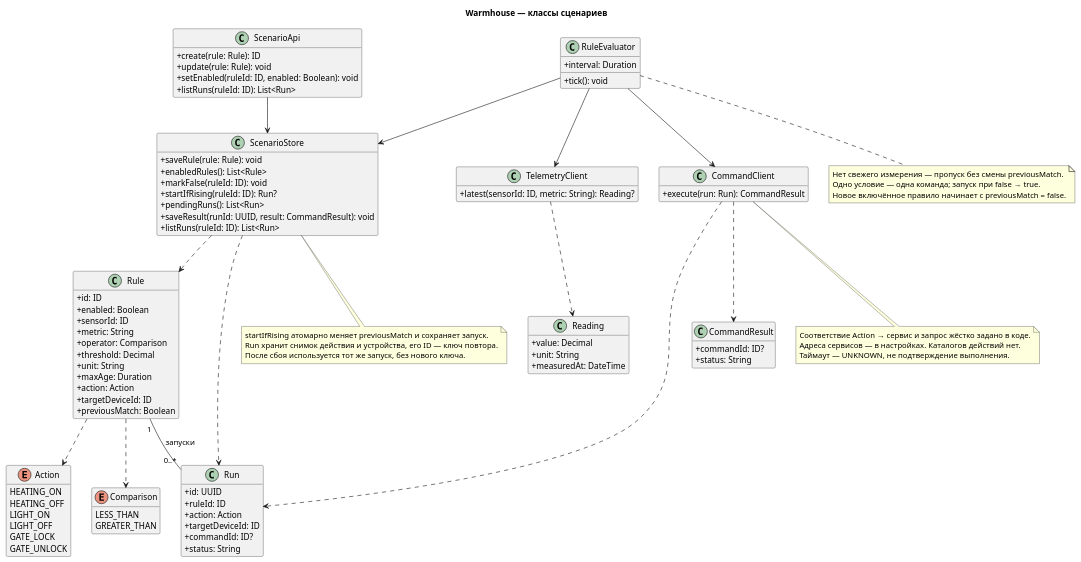
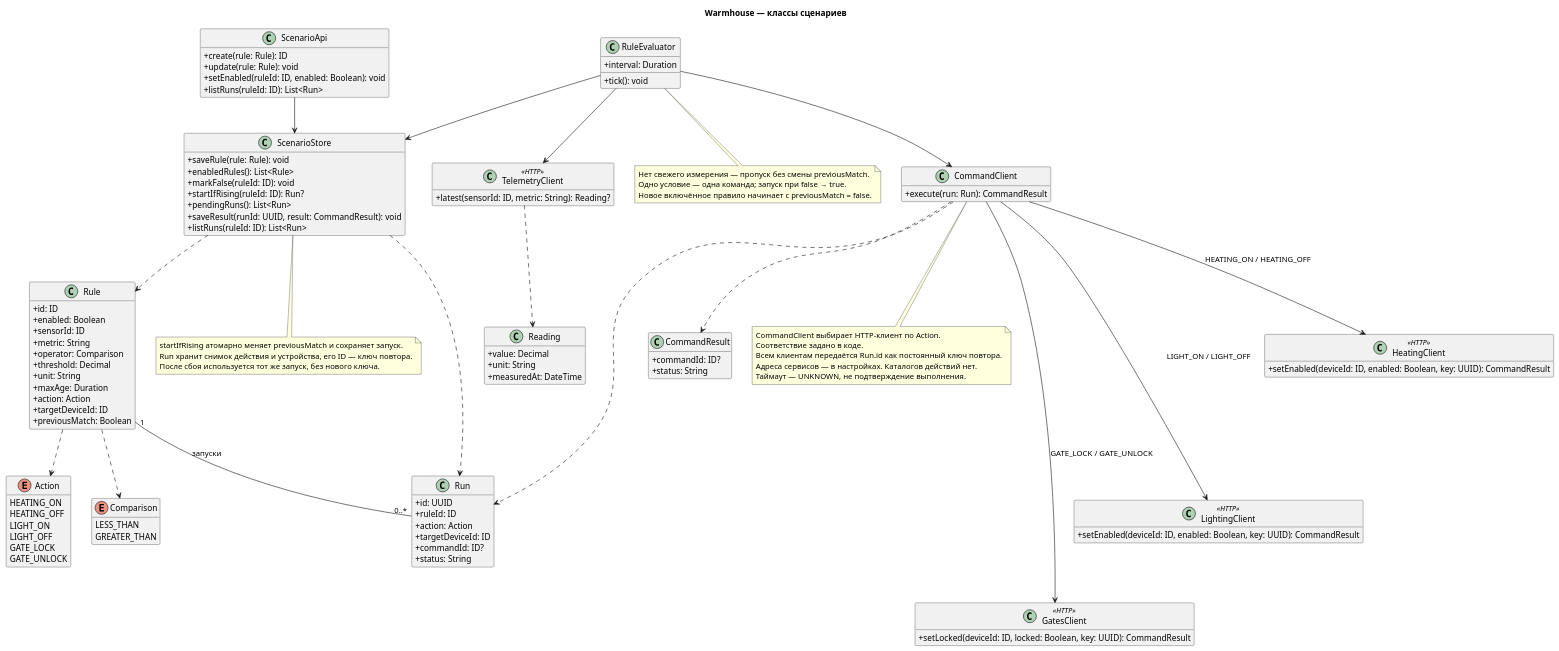
One commit to AndyMcFishka/architecture-pro-warmhouse changed the diagram in diagrams/code/scenarios-classes.puml. Above: the diagram before and after it, drawn with PlantUML.

Commit message:
Show individual control service clients in scenario classes

```diff
--- a/diagrams/code/scenarios-classes.puml
+++ b/diagrams/code/scenarios-classes.puml
@@ -1,99 +1,115 @@
 @startuml
 title Warmhouse — классы сценариев
 hide empty members
 skinparam classAttributeIconSize 0
 class ScenarioApi {
   +create(rule: Rule): ID
   +update(rule: Rule): void
   +setEnabled(ruleId: ID, enabled: Boolean): void
   +listRuns(ruleId: ID): List<Run>
 }
 class RuleEvaluator {
   +interval: Duration
   +tick(): void
 }
-class TelemetryClient {
+class TelemetryClient <<HTTP>> {
   +latest(sensorId: ID, metric: String): Reading?
 }
 class CommandClient {
   +execute(run: Run): CommandResult
+}
+class HeatingClient <<HTTP>> {
+  +setEnabled(deviceId: ID, enabled: Boolean, key: UUID): CommandResult
+}
+class LightingClient <<HTTP>> {
+  +setEnabled(deviceId: ID, enabled: Boolean, key: UUID): CommandResult
+}
+class GatesClient <<HTTP>> {
+  +setLocked(deviceId: ID, locked: Boolean, key: UUID): CommandResult
 }
 class ScenarioStore {
   +saveRule(rule: Rule): void
   +enabledRules(): List<Rule>
   +markFalse(ruleId: ID): void
   +startIfRising(ruleId: ID): Run?
   +pendingRuns(): List<Run>
   +saveResult(runId: UUID, result: CommandResult): void
   +listRuns(ruleId: ID): List<Run>
 }
 class Rule {
   +id: ID
   +enabled: Boolean
   +sensorId: ID
   +metric: String
   +operator: Comparison
   +threshold: Decimal
   +unit: String
   +maxAge: Duration
   +action: Action
   +targetDeviceId: ID
   +previousMatch: Boolean
 }
 class Run {
   +id: UUID
   +ruleId: ID
   +action: Action
   +targetDeviceId: ID
   +commandId: ID?
   +status: String
 }
 class Reading {
   +value: Decimal
   +unit: String
   +measuredAt: DateTime
 }
 class CommandResult {
   +commandId: ID?
   +status: String
 }
 enum Action {
   HEATING_ON
   HEATING_OFF
   LIGHT_ON
   LIGHT_OFF
   GATE_LOCK
   GATE_UNLOCK
 }
 enum Comparison {
   LESS_THAN
   GREATER_THAN
 }
 ScenarioApi --> ScenarioStore
 RuleEvaluator --> ScenarioStore
 RuleEvaluator --> TelemetryClient
 RuleEvaluator --> CommandClient
 ScenarioStore ..> Rule
 ScenarioStore ..> Run
 Rule "1" -- "0..*" Run : запуски
 Rule ..> Action
 Rule ..> Comparison
 TelemetryClient ..> Reading
 CommandClient ..> CommandResult
 CommandClient ..> Run
+CommandClient --> HeatingClient : HEATING_ON / HEATING_OFF
+CommandClient --> LightingClient : LIGHT_ON / LIGHT_OFF
+CommandClient --> GatesClient : GATE_LOCK / GATE_UNLOCK
+HeatingClient -[hidden]down-> LightingClient
+LightingClient -[hidden]down-> GatesClient
 note bottom of ScenarioStore
   startIfRising атомарно меняет previousMatch и сохраняет запуск.
   Run хранит снимок действия и устройства, его ID — ключ повтора.
   После сбоя используется тот же запуск, без нового ключа.
 end note
 note bottom of RuleEvaluator
   Нет свежего измерения — пропуск без смены previousMatch.
   Одно условие — одна команда; запуск при false → true.
   Новое включённое правило начинает с previousMatch = false.
 end note
 note bottom of CommandClient
-  Соответствие Action → сервис и запрос жёстко задано в коде.
+  CommandClient выбирает HTTP-клиент по Action.
+  Соответствие задано в коде.
+  Всем клиентам передаётся Run.id как постоянный ключ повтора.
   Адреса сервисов — в настройках. Каталогов действий нет.
   Таймаут — UNKNOWN, не подтверждение выполнения.
 end note
 @enduml
```
